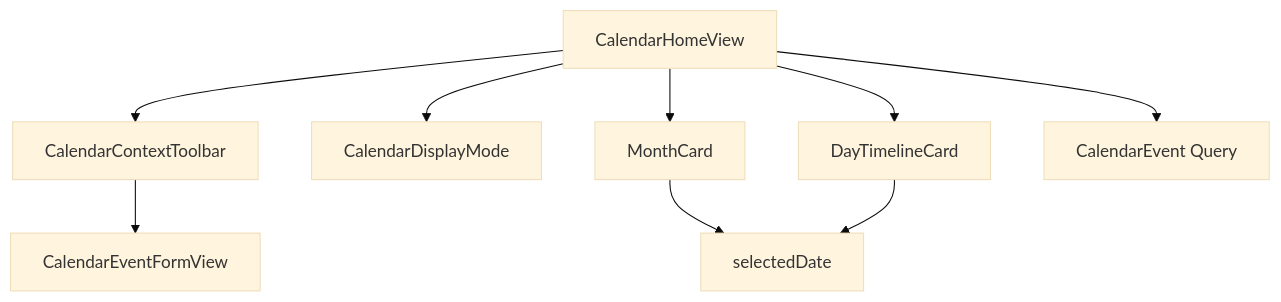
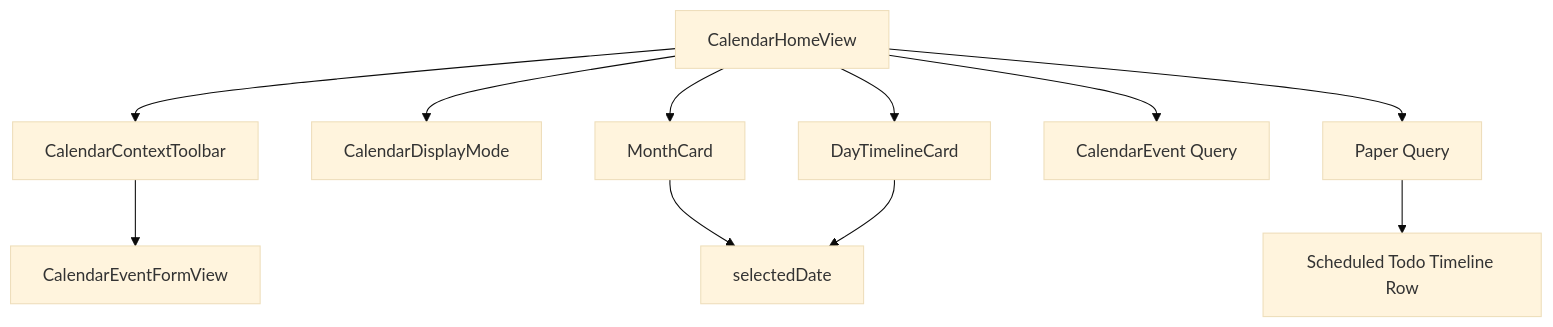
The diagram in .monkeycode/specs/calendar-commercial-polish/design.md (joeshu/joeshu), drawn with Mermaid (base theme) before and after one commit. The commit also changed other lines of this file and 3 other files, not shown here.

Commit message:
feat: unify calendar and scheduled todo timeline

````diff
--- a/.monkeycode/specs/calendar-commercial-polish/design.md
+++ b/.monkeycode/specs/calendar-commercial-polish/design.md
@@ -12,11 +12,13 @@
 ```mermaid
 graph TD
     A["CalendarHomeView"] --> B["CalendarContextToolbar"]
     A --> C["CalendarDisplayMode"]
     A --> D["MonthCard"]
     A --> E["DayTimelineCard"]
     B --> F["CalendarEventFormView"]
     D --> G["selectedDate"]
     E --> G
     A --> H["CalendarEvent Query"]
+    A --> I["Paper Query"]
+    I --> J["Scheduled Todo Timeline Row"]
 ```
````
